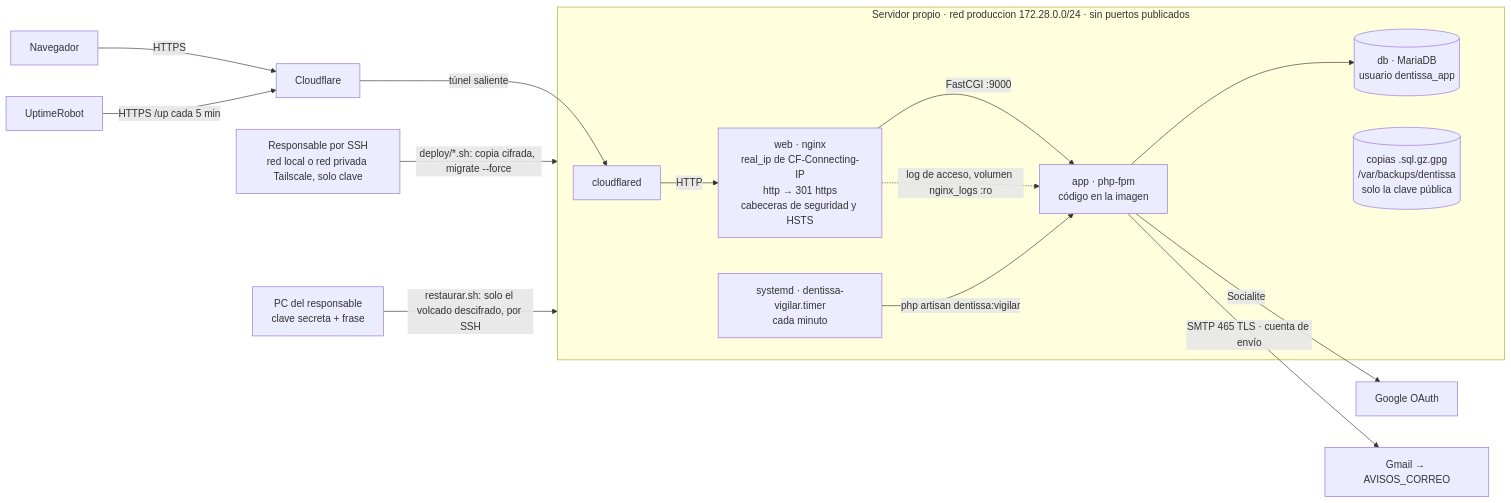
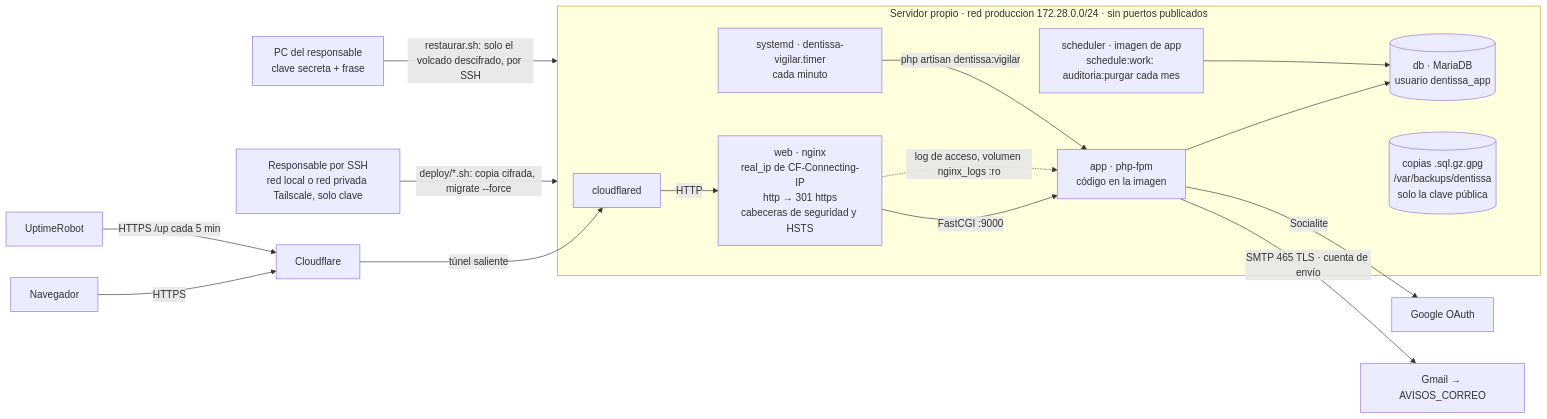
Before and after one commit to gimi34/dentissa: the second of 2 diagrams in docs/architecture.md, drawn with Mermaid. The commit also changed other lines of this file and 1 other file, not shown here.

First line of the commit message:
docs(020): T090 arquitectura con el módulo de auditoría, la correlación y el scheduler

````diff
--- a/docs/architecture.md
+++ b/docs/architecture.md
@@ -191,19 +208,20 @@
 ```mermaid
 flowchart LR
   U[Navegador] -->|HTTPS| CF[Cloudflare]
   CF -->|túnel saliente| CFD[cloudflared]
   subgraph SRV[Servidor propio · red produccion 172.28.0.0/24 · sin puertos publicados]
     CFD -->|HTTP| WEB[web · nginx<br/>real_ip de CF-Connecting-IP<br/>http → 301 https<br/>cabeceras de seguridad y HSTS]
     WEB -->|FastCGI :9000| APPP[app · php-fpm<br/>código en la imagen]
     APPP --> DBP[(db · MariaDB<br/>usuario dentissa_app)]
+    SCH[scheduler · imagen de app<br/>schedule:work: auditoria:purgar cada mes] --> DBP
     WEB -.->|log de acceso, volumen nginx_logs :ro| APPP
     TMR[systemd · dentissa-vigilar.timer<br/>cada minuto] -->|php artisan dentissa:vigilar| APPP
     BK[("copias .sql.gz.gpg<br/>/var/backups/dentissa<br/>solo la clave pública")]
     APPP ~~~ BK
   end
   APPP -->|Socialite| GO[Google OAuth]
   APPP -->|SMTP 465 TLS · cuenta de envío| GM[Gmail → AVISOS_CORREO]
   UR[UptimeRobot] -->|HTTPS /up cada 5 min| CF
   ADM[Responsable por SSH<br/>red local o red privada Tailscale, solo clave] -->|deploy/*.sh: copia cifrada, migrate --force| SRV
   PC[PC del responsable<br/>clave secreta + frase] -->|restaurar.sh: solo el volcado descifrado, por SSH| SRV
 ```
````
